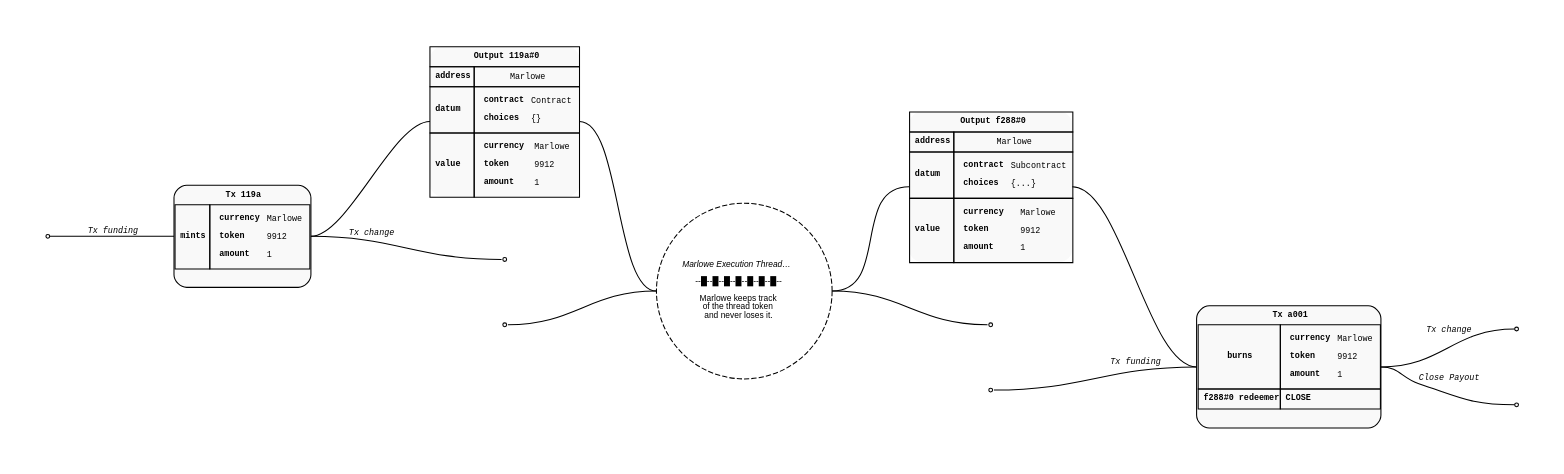
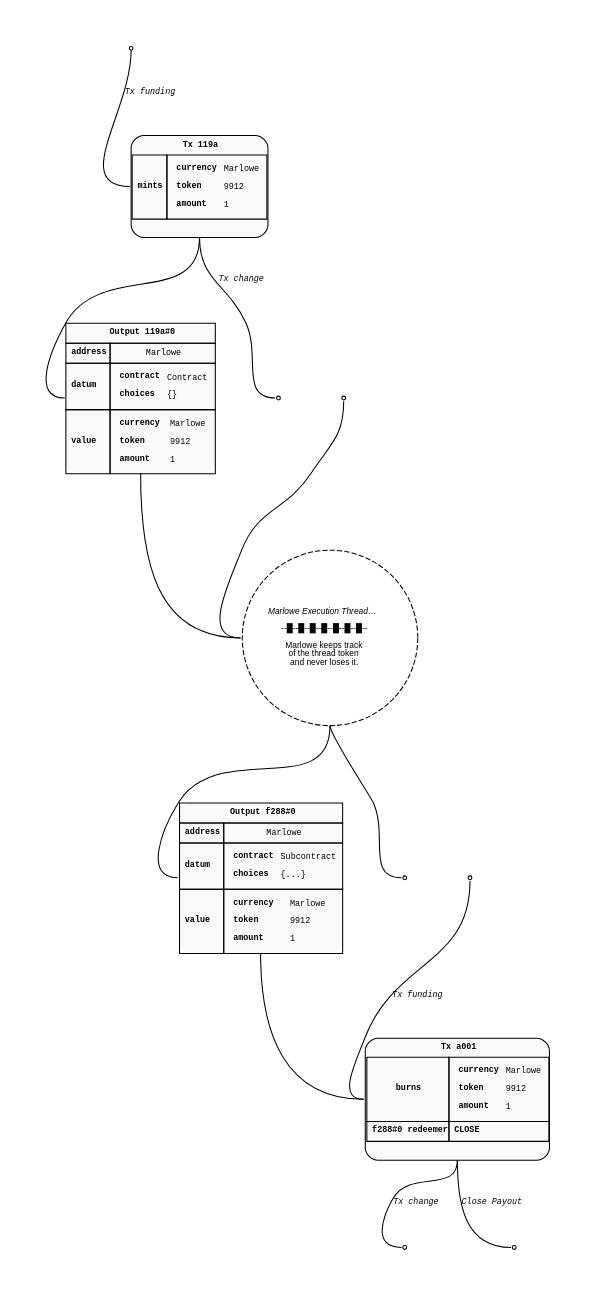
Before and after one commit to marlowe-lang/marlowe-oracle-protocol: the diagram in diagrams/utxo-marlowe-thread-token.dot, drawn with Graphviz. The commit also changed 11 other files, not shown here.

Commit message:
Reorient the graphs

```diff
--- a/diagrams/utxo-marlowe-thread-token.dot
+++ b/diagrams/utxo-marlowe-thread-token.dot
@@ -1,8 +1,8 @@
 digraph Marlowe_Proof_Of_Execution {
-  rankdir=LR;
+  rankdir=TD;
   graph [pad="0.5", nodesep="0.8", ranksep="1"];
   node [shape=rect, style="filled,rounded", fillcolor="#f9f9f9", fontname="Courier New", fontsize="8pt"];
-  edge [arrowhead=none, headport=w, tailport="e", color="#aaa", fontname="Courier New", fontsize="8pt"];
+  edge [arrowhead=none, headport=w, tailport="s", color="#aaa", fontname="Courier New", fontsize="8pt"];
 
   MintingFundingOutput [shape=point];
   MintingFundingOutput -> MintingTx [label=<<i>Tx funding</i>>];
```
